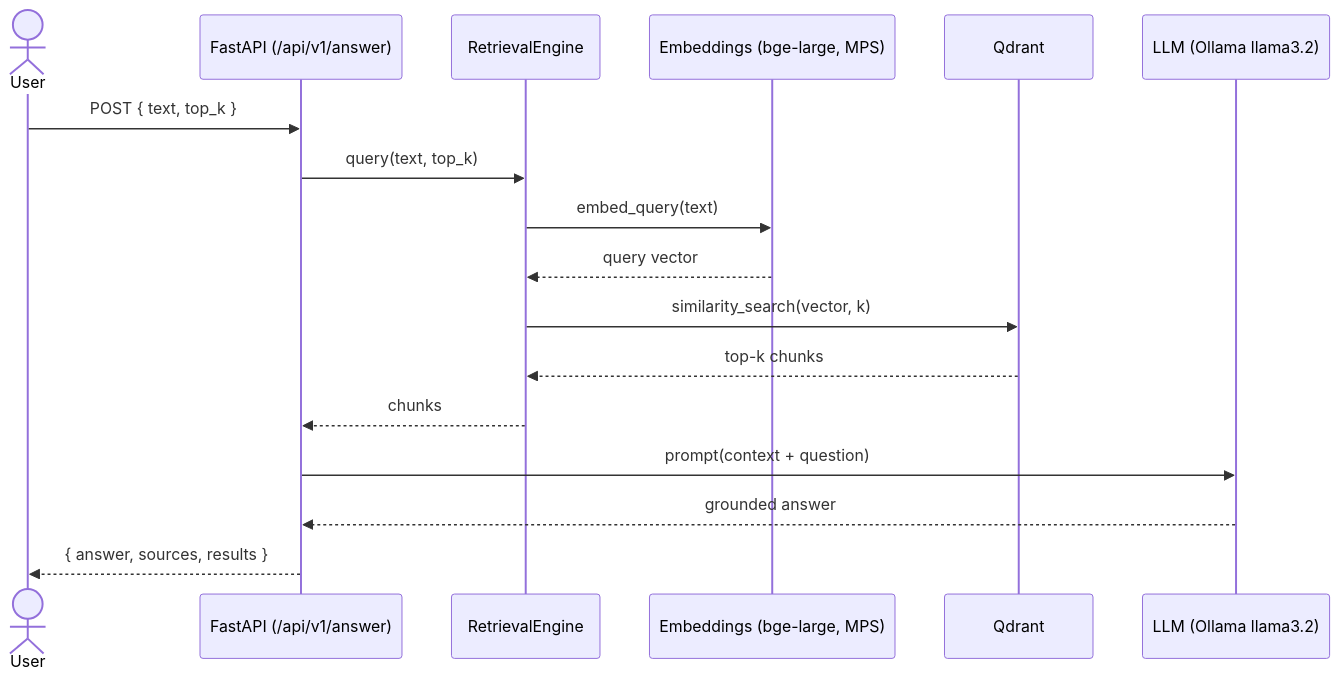
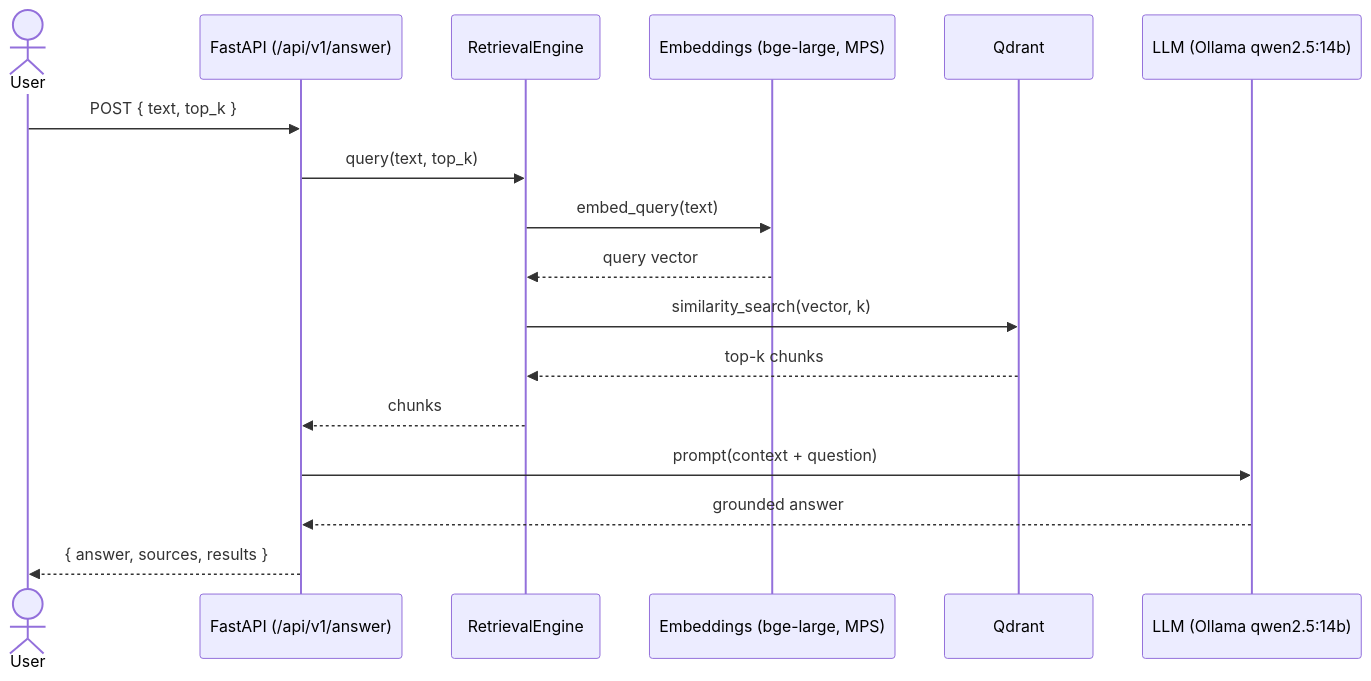
The second of 2 diagrams in docs/architecture.md (ssuresh808/llm-inference-rag), drawn with Mermaid before and after one commit. The commit also changed other lines of this file and 1 other file, not shown here.

Commit message:
docs: align architecture + ADR-006 with qwen2.5:14b default

````diff
--- a/docs/architecture.md
+++ b/docs/architecture.md
@@ -46,20 +46,20 @@
 ```mermaid
 sequenceDiagram
     actor User
     participant API as FastAPI (/api/v1/answer)
     participant Eng as RetrievalEngine
     participant Emb as Embeddings (bge-large, MPS)
     participant DB as Qdrant
-    participant LLM as LLM (Ollama llama3.2)
+    participant LLM as LLM (Ollama qwen2.5:14b)
 
     User->>API: POST { text, top_k }
     API->>Eng: query(text, top_k)
     Eng->>Emb: embed_query(text)
     Emb-->>Eng: query vector
     Eng->>DB: similarity_search(vector, k)
     DB-->>Eng: top-k chunks
     Eng-->>API: chunks
     API->>LLM: prompt(context + question)
     LLM-->>API: grounded answer
     API-->>User: { answer, sources, results }
 ```
````
